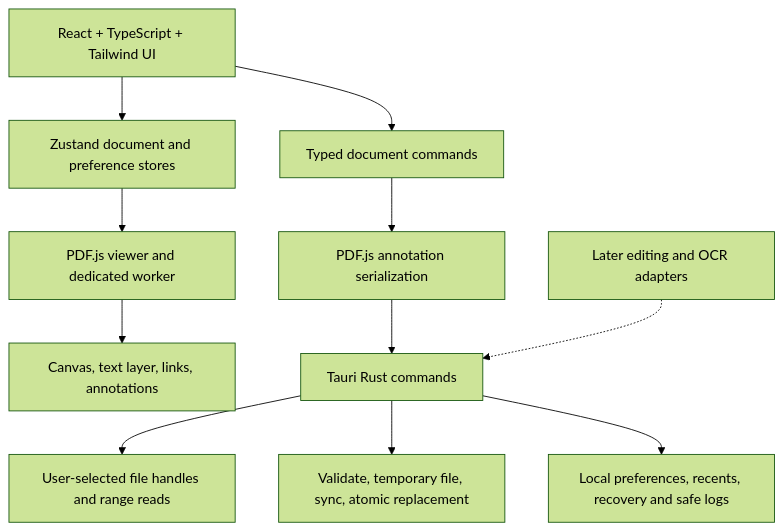
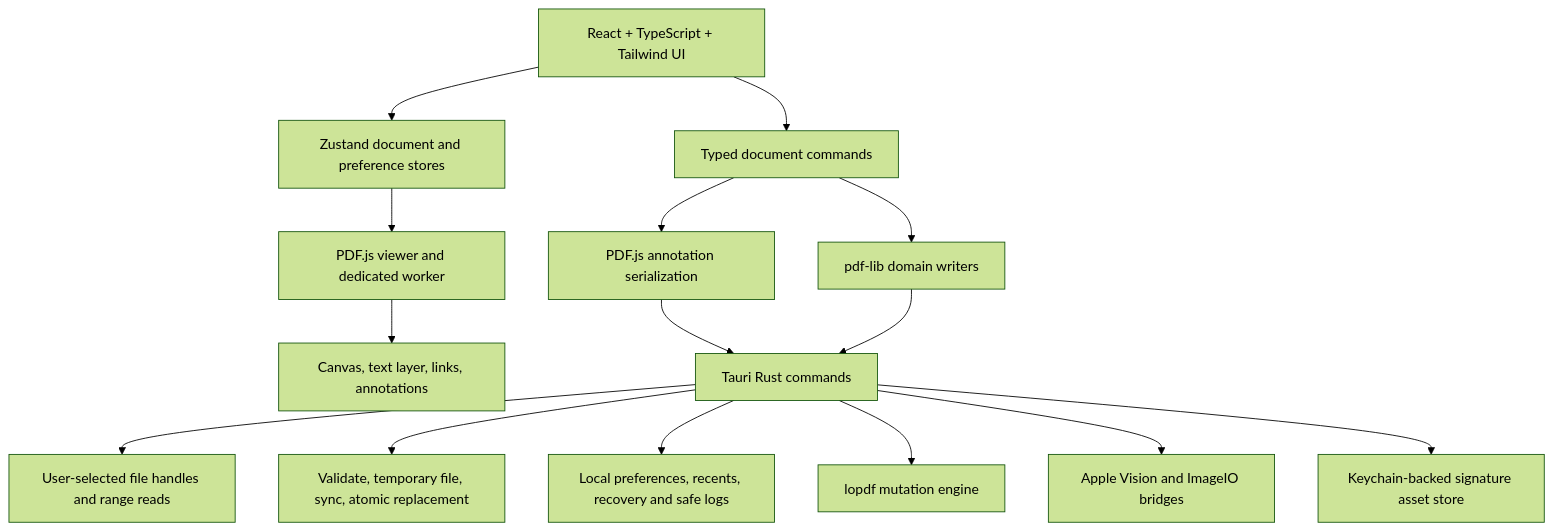
The diagram in ARCHITECTURE.md (navaneethbv/navpdf), drawn with Mermaid (forest theme) before and after one commit. The commit also changed other lines of this file and 44 other files, not shown here.

````diff
--- a/ARCHITECTURE.md
+++ b/ARCHITECTURE.md
@@ -13,13 +12,17 @@
 ```mermaid
 flowchart TB
   UI[React + TypeScript + Tailwind UI] --> Store[Zustand document and preference stores]
   Store --> Viewer[PDF.js viewer and dedicated worker]
   Viewer --> Text[Canvas, text layer, links, annotations]
   UI --> Commands[Typed document commands]
   Commands --> PDFSave[PDF.js annotation serialization]
   PDFSave --> Native[Tauri Rust commands]
   Native --> Handles[User-selected file handles and range reads]
   Native --> Save[Validate, temporary file, sync, atomic replacement]
   Native --> Local[Local preferences, recents, recovery and safe logs]
-  Future[Later editing and OCR adapters] -.-> Native
+  Commands --> Writers[pdf-lib domain writers]
+  Writers --> Native
+  Native --> Engine[lopdf mutation engine]
+  Native --> OCR[Apple Vision and ImageIO bridges]
+  Native --> Signatures[Keychain-backed signature asset store]
 ```
````
